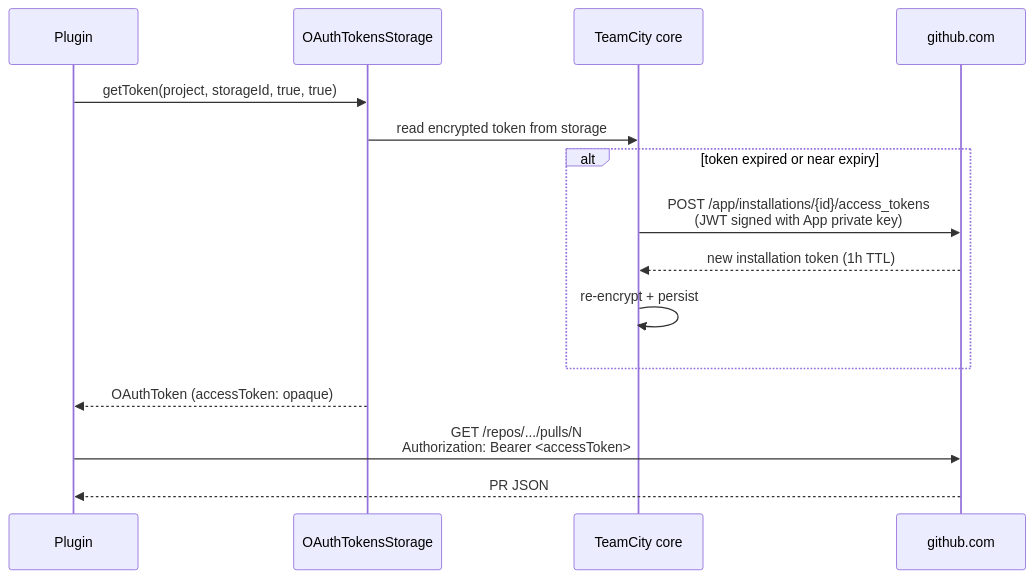
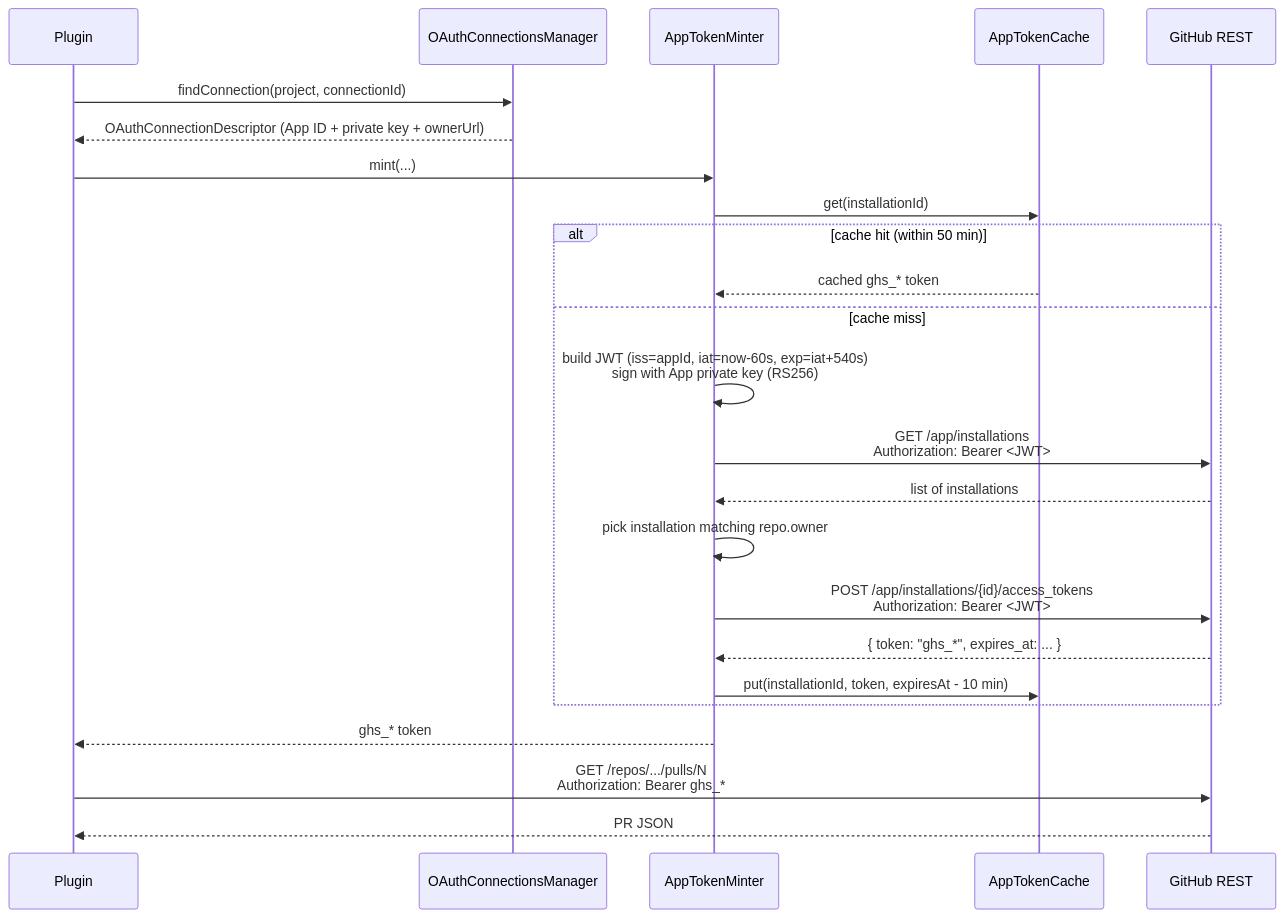
One commit to Silmaen/teamcity-github changed the third of 3 diagrams in doc/security.md. Above: the diagram before and after it, drawn with Mermaid. The commit also changed other lines of this file and 26 other files, not shown here.

Commit message:
token auto minter

````diff
--- a/doc/security.md
+++ b/doc/security.md
@@ -138,18 +145,27 @@
 ```mermaid
 sequenceDiagram
     participant Plugin
-    participant OTS as OAuthTokensStorage
-    participant TC as TeamCity core
-    participant GH as github.com
+    participant OCM as OAuthConnectionsManager
+    participant ATM as AppTokenMinter
+    participant ATC as AppTokenCache
+    participant GH as GitHub REST
 
-    Plugin->>OTS: getToken(project, storageId, true, true)
-    OTS->>TC: read encrypted token from storage
-    alt token expired or near expiry
-        TC->>GH: POST /app/installations/{id}/access_tokens<br/>(JWT signed with App private key)
-        GH-->>TC: new installation token (1h TTL)
-        TC->>TC: re-encrypt + persist
+    Plugin->>OCM: findConnection(project, connectionId)
+    OCM-->>Plugin: OAuthConnectionDescriptor (App ID + private key + ownerUrl)
+    Plugin->>ATM: mint(...)
+    ATM->>ATC: get(installationId)
+    alt cache hit (within 50 min)
+        ATC-->>ATM: cached ghs_* token
+    else cache miss
+        ATM->>ATM: build JWT (iss=appId, iat=now-60s, exp=iat+540s)<br/>sign with App private key (RS256)
+        ATM->>GH: GET /app/installations<br/>Authorization: Bearer <JWT>
+        GH-->>ATM: list of installations
+        ATM->>ATM: pick installation matching repo.owner
+        ATM->>GH: POST /app/installations/{id}/access_tokens<br/>Authorization: Bearer <JWT>
+        GH-->>ATM: { token: "ghs_*", expires_at: ... }
+        ATM->>ATC: put(installationId, token, expiresAt - 10 min)
     end
-    OTS-->>Plugin: OAuthToken (accessToken: opaque)
-    Plugin->>GH: GET /repos/.../pulls/N<br/>Authorization: Bearer <accessToken>
+    ATM-->>Plugin: ghs_* token
+    Plugin->>GH: GET /repos/.../pulls/N<br/>Authorization: Bearer ghs_*
     GH-->>Plugin: PR JSON
 ```
````
